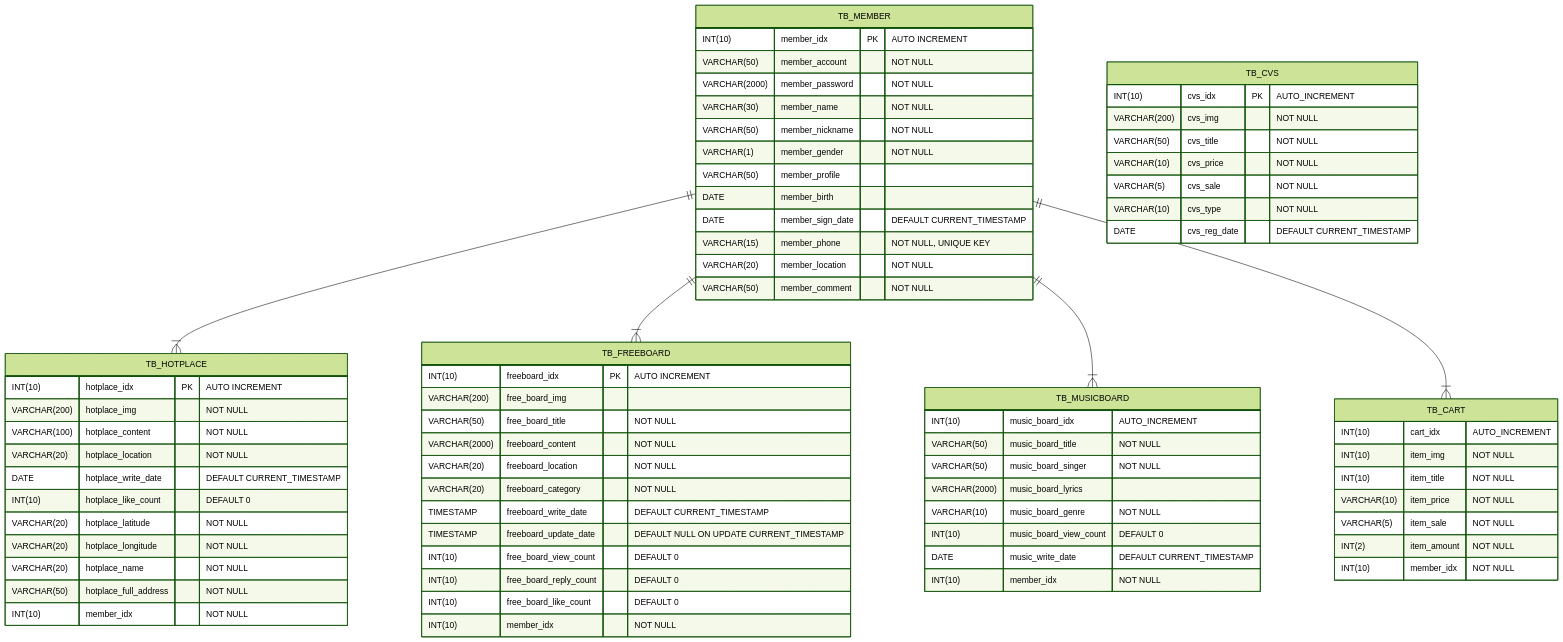
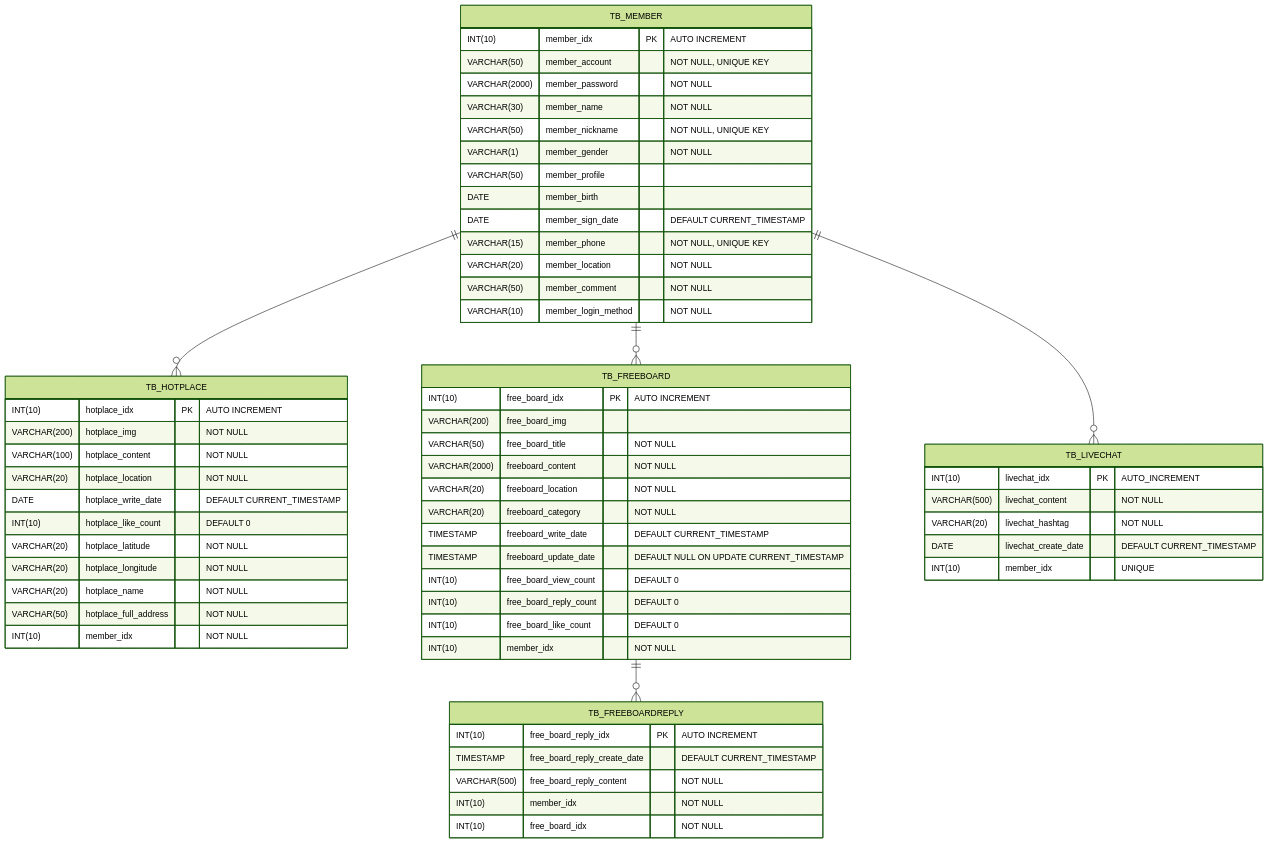
Before and after one commit to Connect-Dots-Project/BackEnd: the first of 3 diagrams in README.md, drawn with Mermaid (forest theme). The commit also changed other lines of this file, not shown here.

Commit message:
[feature] fix README

````diff
--- a/README.md
+++ b/README.md
@@ -1,81 +1,84 @@
 ```mermaid
-erDiagram 
-    TB_MEMBER||--|{TB_HOTPLACE :""
+erDiagram
     TB_MEMBER{
         INT(10) member_idx PK "AUTO INCREMENT"
-        VARCHAR(50) member_account "NOT NULL"
+        VARCHAR(50) member_account "NOT NULL, UNIQUE KEY"
         VARCHAR(2000) member_password "NOT NULL"
         VARCHAR(30) member_name "NOT NULL"
-        VARCHAR(50) member_nickname "NOT NULL"
+        VARCHAR(50) member_nickname "NOT NULL, UNIQUE KEY"
         VARCHAR(1) member_gender "NOT NULL"
         VARCHAR(50) member_profile
         DATE member_birth 
         DATE member_sign_date "DEFAULT CURRENT_TIMESTAMP"
         VARCHAR(15) member_phone "NOT NULL, UNIQUE KEY"
         VARCHAR(20) member_location "NOT NULL"
         VARCHAR(50) member_comment "NOT NULL"
+        VARCHAR(10) member_login_method "NOT NULL"
     }
     
+    TB_MEMBER||--o{TB_HOTPLACE :""
     TB_HOTPLACE{
         INT(10) hotplace_idx PK "AUTO INCREMENT"
         VARCHAR(200) hotplace_img "NOT NULL"
         VARCHAR(100) hotplace_content "NOT NULL"
         VARCHAR(20) hotplace_location "NOT NULL"
         DATE hotplace_write_date "DEFAULT CURRENT_TIMESTAMP"
         INT(10) hotplace_like_count "DEFAULT 0"
         VARCHAR(20) hotplace_latitude "NOT NULL"
         VARCHAR(20)  hotplace_longitude "NOT NULL"
         VARCHAR(20) hotplace_name "NOT NULL"
         VARCHAR(50) hotplace_full_address "NOT NULL"
         INT(10) member_idx "NOT NULL"
     }
-    TB_MEMBER||--|{TB_FREEBOARD :""
     
+    TB_MEMBER||--o{TB_FREEBOARD :""
     TB_FREEBOARD{
-        INT(10) freeboard_idx PK "AUTO INCREMENT"
+        INT(10) free_board_idx PK "AUTO INCREMENT"
         VARCHAR(200) free_board_img
         VARCHAR(50) free_board_title "NOT NULL"
         VARCHAR(2000) freeboard_content "NOT NULL"
         VARCHAR(20) freeboard_location "NOT NULL"
         VARCHAR(20) freeboard_category "NOT NULL"
         TIMESTAMP freeboard_write_date "DEFAULT CURRENT_TIMESTAMP"
         TIMESTAMP freeboard_update_date "DEFAULT NULL ON UPDATE CURRENT_TIMESTAMP"
         INT(10) free_board_view_count "DEFAULT 0"
         INT(10) free_board_reply_count "DEFAULT 0"
         INT(10) free_board_like_count "DEFAULT 0"
         INT(10) member_idx "NOT NULL"
     }
-    TB_MEMBER||--|{TB_MUSICBOARD :""
+    TB_FREEBOARD||--o{TB_FREEBOARDREPLY : ""
+%%    TB_FREEBOARDREPLY||--||TB_MEMBER : ""
+    TB_FREEBOARDREPLY{
+        INT(10) free_board_reply_idx PK "AUTO INCREMENT"
+        TIMESTAMP free_board_reply_create_date "DEFAULT CURRENT_TIMESTAMP"
+        VARCHAR(500) free_board_reply_content"NOT NULL"
+        INT(10) member_idx "NOT NULL"
+        INT(10) free_board_idx "NOT NULL"
+    }
     
-    TB_MUSICBOARD{
-    INT(10) music_board_idx "AUTO_INCREMENT"
-    VARCHAR(50) music_board_title "NOT NULL"
-    VARCHAR(50) music_board_singer  "NOT NULL"
-    VARCHAR(2000) music_board_lyrics 
-    VARCHAR(10) music_board_genre  "NOT NULL"
-    INT(10) music_board_view_count "DEFAULT 0"
-    DATE music_write_date "DEFAULT CURRENT_TIMESTAMP"
-    INT(10) member_idx "NOT NULL"
+    
+   
+    
+%%    TB_CART{
+%%        INT(10) cart_idx "AUTO_INCREMENT"
+%%        INT(10) item_img "NOT NULL"
+%%        INT(10) item_title   "NOT NULL"
+%%        VARCHAR(10) item_price  "NOT NULL"
+%%        VARCHAR(5) item_sale  "NOT NULL"
+%%        INT(2) item_amount  "NOT NULL"
+%%        INT(10) member_idx "NOT NULL"
+%%    }
+    
+ 
+    
+    TB_MEMBER||--o{TB_LIVECHAT : ""
+    TB_LIVECHAT{
+        INT(10) livechat_idx  PK "AUTO_INCREMENT"
+        VARCHAR(500) livechat_content  "NOT NULL"
+        VARCHAR(20) livechat_hashtag "NOT NULL"
+        DATE livechat_create_date "DEFAULT CURRENT_TIMESTAMP"
+        INT(10) member_idx  "UNIQUE"
     }
-    TB_MEMBER||--|{TB_CART :""
     
-    TB_CART{
-    INT(10) cart_idx "AUTO_INCREMENT"
-    INT(10) item_img "NOT NULL"
-    INT(10) item_title   "NOT NULL"
-    VARCHAR(10) item_price  "NOT NULL"
-    VARCHAR(5) item_sale  "NOT NULL"
-    INT(2) item_amount  "NOT NULL"
-    INT(10) member_idx "NOT NULL"
-    }
-
-    TB_CVS{
-    INT(10) cvs_idx PK "AUTO_INCREMENT"
-    VARCHAR(200) cvs_img "NOT NULL"
-    VARCHAR(50) cvs_title "NOT NULL"
-    VARCHAR(10) cvs_price "NOT NULL"
-    VARCHAR(5) cvs_sale "NOT NULL"
-    VARCHAR(10) cvs_type "NOT NULL"
-    DATE cvs_reg_date "DEFAULT CURRENT_TIMESTAMP"
-    }
+    
 ```
````
